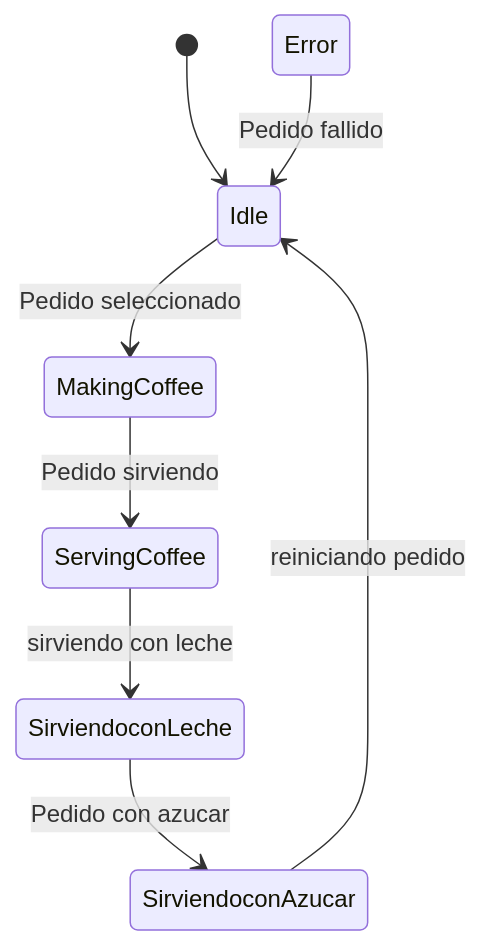
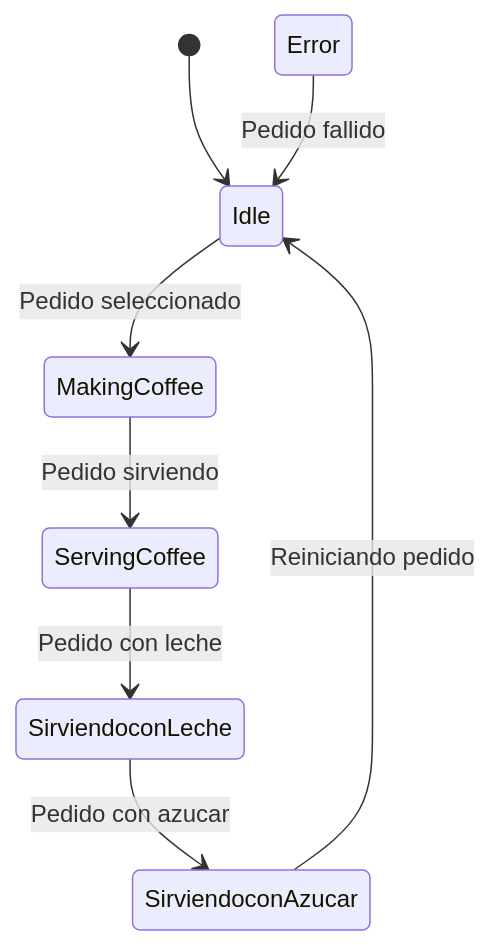
Before and after one commit to Dimitri2004/MaquinaDeCafe_Definitiva: the diagram in Readme.md, drawn with Mermaid.

Commit message:
Readme Refractor 0.3

````diff
--- a/Readme.md
+++ b/Readme.md
@@ -1,12 +1,12 @@
 ```mermaid
 
 stateDiagram-v2
     [*] --> Idle
     Idle --> MakingCoffee: Pedido seleccionado
     MakingCoffee --> ServingCoffee: Pedido sirviendo
-    ServingCoffee --> SirviendoconLeche: sirviendo con leche
+    ServingCoffee --> SirviendoconLeche: Pedido con leche
     SirviendoconLeche --> SirviendoconAzucar: Pedido con azucar
-    SirviendoconAzucar --> Idle: reiniciando pedido
+    SirviendoconAzucar --> Idle: Reiniciando pedido
     Error --> Idle: Pedido fallido
 
 ```
````
